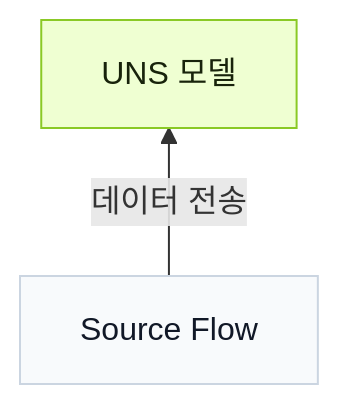
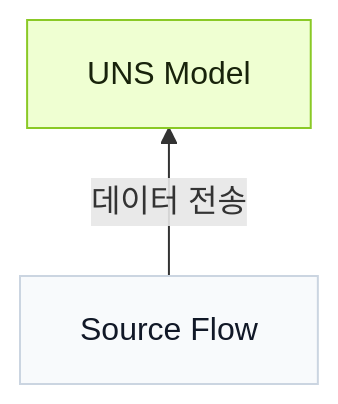
Before and after one commit to FREEZONEX/Tier0-docs-site: the diagram in src/content/docs/ko/using-tier0/connect-data.mdx, drawn with Mermaid. The commit also changed other lines of this file and 93 other files, not shown here.

````diff
--- a/src/content/docs/ko/using-tier0/connect-data.mdx
+++ b/src/content/docs/ko/using-tier0/connect-data.mdx
@@ -12,13 +12,13 @@
 ```mermaid
 flowchart BT
-  uns["UNS 모델"]
+  uns["UNS Model"]
   flow["Source Flow"]
 
 
   flow -->|"데이터 전송"| uns
 
   classDef t0accent fill:#EFFFD2,stroke:#8AC926,stroke-width:1px,color:#18230B
   classDef t0node fill:#F8FAFC,stroke:#CBD5E1,stroke-width:1px,color:#111827
   class uns t0accent
   class flow t0node
 ```
````
